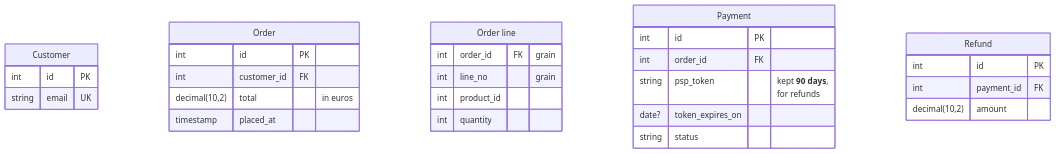
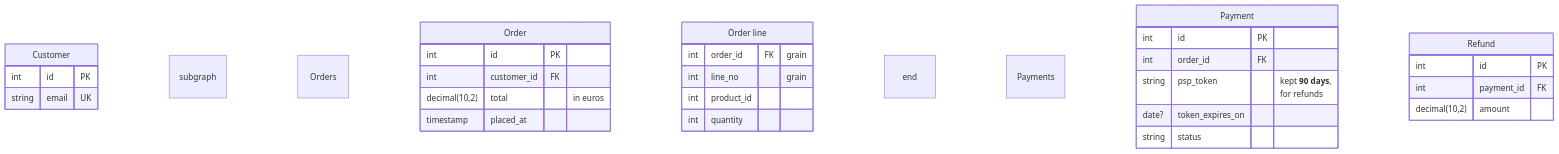
One commit to nvsravank/avagahana changed the third of 3 diagrams in examples/maps/checkout-release-after.md. Above: the diagram before and after it, drawn with Mermaid. The commit also changed 39 other files, not shown here.

Commit message:
WO-44: ER table classes, Role removed, ER subgraph groups, foreign-key rows per view, crowded labels step off, examples, skill

````diff
--- a/examples/maps/checkout-release-after.md
+++ b/examples/maps/checkout-release-after.md
@@ -101,32 +101,37 @@
 ```mermaid
 erDiagram
   CUSTOMER["Customer"] {
     int id PK
     string email UK
   }
-  ORDER["Order"] {
-    int id PK
-    int customer_id FK
-    decimal(10,2) total "in euros"
-    timestamp placed_at
-  }
-  ORDER_LINE["Order line"] {
-    int order_id FK "grain"
-    int line_no "grain"
-    int product_id
-    int quantity
-  }
-  PAYMENT["Payment"] {
-    int id PK
-    int order_id FK
-    string psp_token "kept **90 days**,<br>for refunds"
-    date? token_expires_on
-    string status
-  }
-  REFUND["Refund"] {
-    int id PK
-    int payment_id FK
-    decimal(10,2) amount
-  }
-  ORDER_LINE:::fact
+  subgraph orders [Orders]
+    ORDER["Order"] {
+      int id PK
+      int customer_id FK
+      decimal(10,2) total "in euros"
+      timestamp placed_at
+    }
+    ORDER_LINE["Order line"] {
+      int order_id FK "grain"
+      int line_no "grain"
+      int product_id
+      int quantity
+    }
+  end
+  subgraph payments [Payments]
+    PAYMENT["Payment"] {
+      int id PK
+      int order_id FK
+      string psp_token "kept **90 days**,<br>for refunds"
+      date? token_expires_on
+      string status
+    }
+    REFUND["Refund"] {
+      int id PK
+      int payment_id FK
+      decimal(10,2) amount
+    }
+  end
+  CUSTOMER:::master
+  class ORDER,ORDER_LINE,PAYMENT,REFUND transaction
 ```
````
